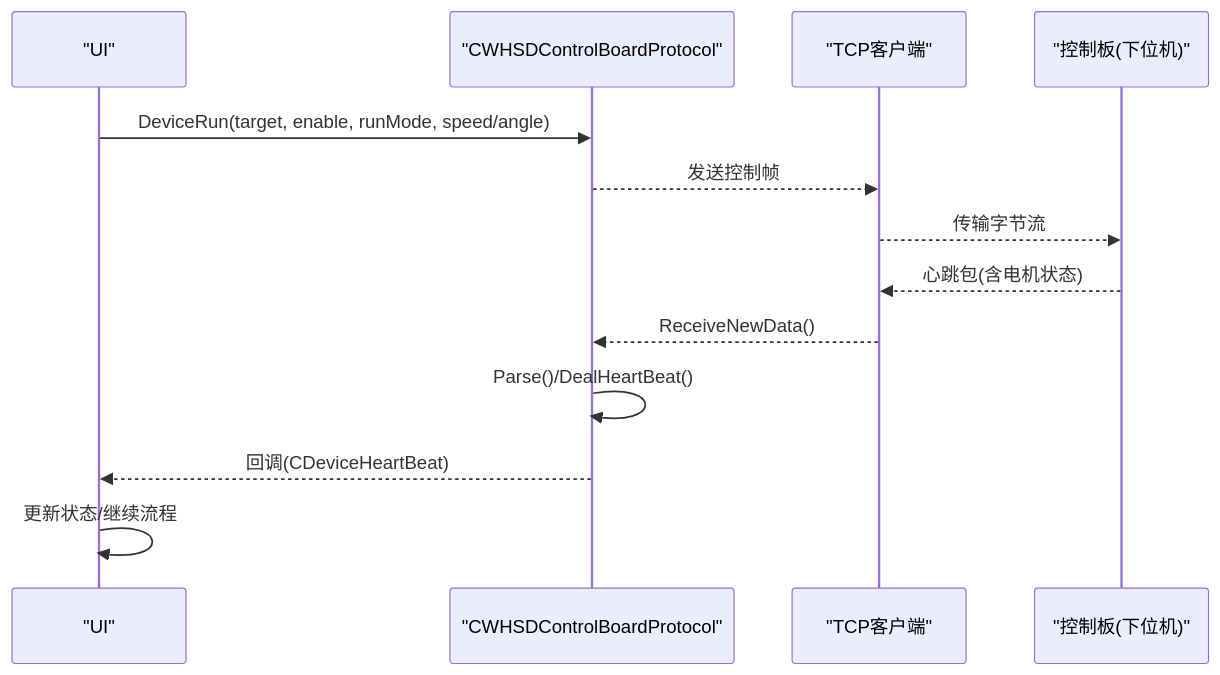
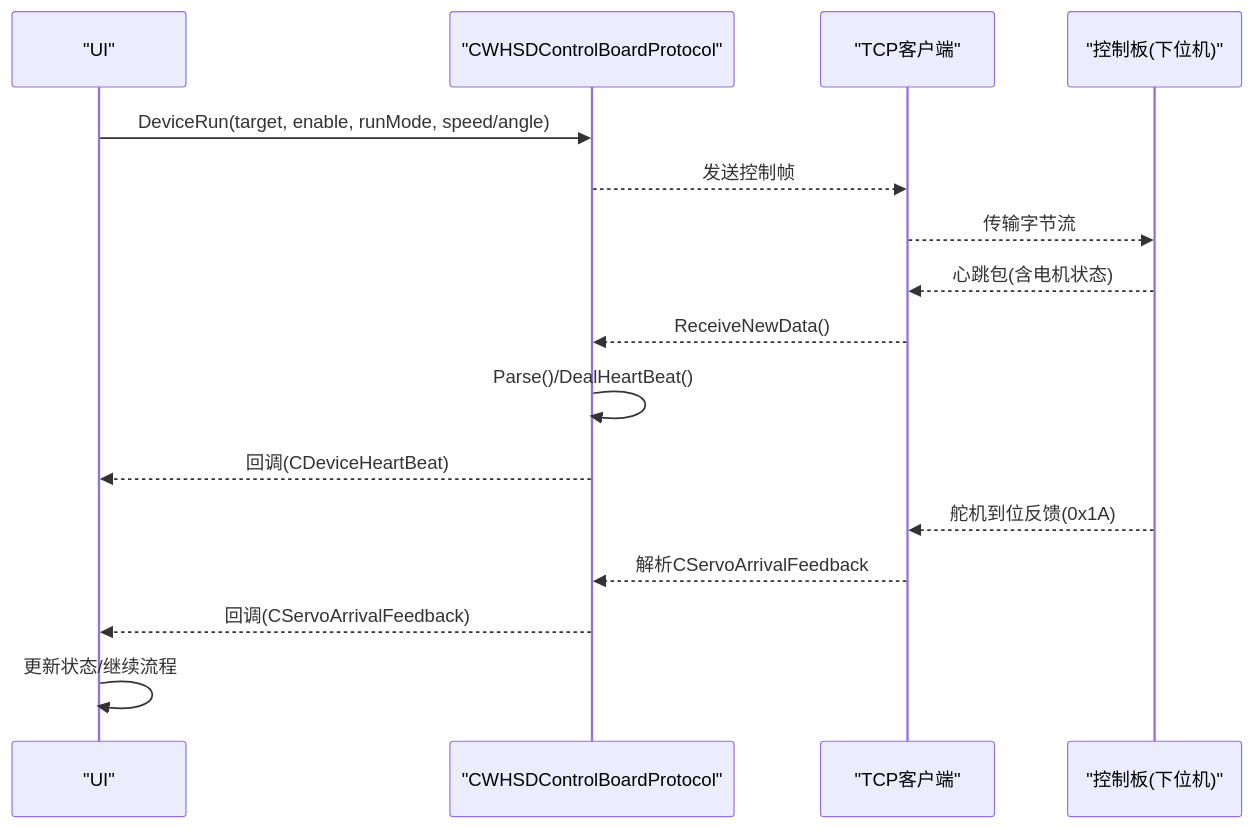
One commit to yangreest/Zero-value-Insulator-Robot-V2 changed the second of 6 diagrams in .qoder/repowiki/zh/content/功能特性/设备控制功能/电机控制.md. Above: the diagram before and after it, drawn with Mermaid. The commit also changed other lines of this file and 3 other files, not shown here.

````diff
--- a/.qoder/repowiki/zh/content/功能特性/设备控制功能/电机控制.md
+++ b/.qoder/repowiki/zh/content/功能特性/设备控制功能/电机控制.md
@@ -80,15 +94,18 @@
 ```mermaid
 sequenceDiagram
 participant UI as "UI"
 participant P as "CWHSDControlBoardProtocol"
 participant T as "TCP客户端"
 participant D as "控制板(下位机)"
 UI->>P : DeviceRun(target, enable, runMode, speed/angle)
 P-->>T : 发送控制帧
 T-->>D : 传输字节流
 D-->>T : 心跳包(含电机状态)
 T-->>P : ReceiveNewData()
 P->>P : Parse()/DealHeartBeat()
 P-->>UI : 回调(CDeviceHeartBeat)
+D-->>T : 舵机到位反馈(0x1A)
+T-->>P : 解析CServoArrivalFeedback
+P-->>UI : 回调(CServoArrivalFeedback)
 UI->>UI : 更新状态/继续流程
 ```
````
